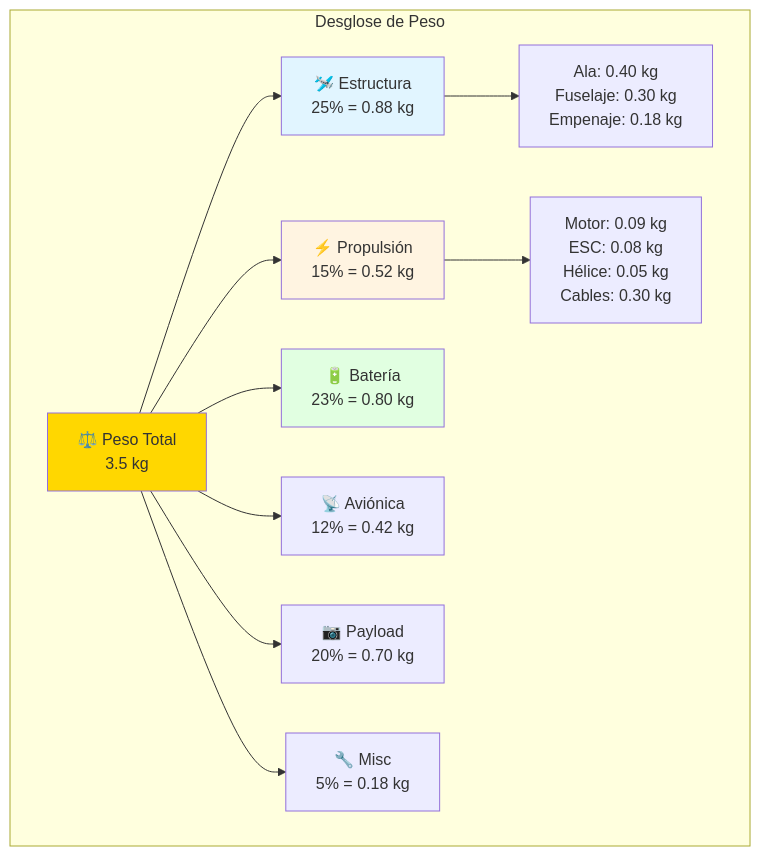
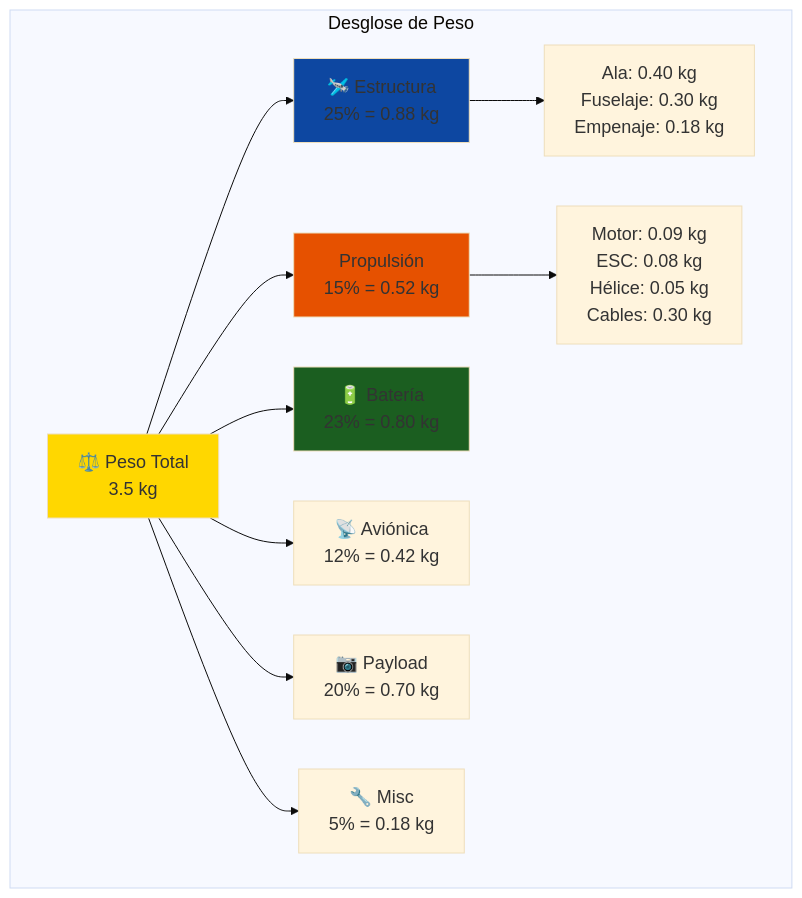
One commit to Ai-Whisperers/Courses-Content changed the fifth of 12 diagrams in courses/🟡-development/FPUNA-2026/03-INGENIERIA-AERONAUTICA/05-diseno-aeronaves.md. Above: the diagram before and after it, drawn with Mermaid. The commit also changed other lines of this file and 47 other files, not shown here.

First line of the commit message:
fix: Make all 473 diagrams WCAG AAA accessible (FPUNA-2026)

````diff
--- a/courses/🟡-development/FPUNA-2026/03-INGENIERIA-AERONAUTICA/05-diseno-aeronaves.md
+++ b/courses/🟡-development/FPUNA-2026/03-INGENIERIA-AERONAUTICA/05-diseno-aeronaves.md
@@ -321,22 +325,23 @@
 ```mermaid
+%%{init: {'theme':'base', 'themeVariables': {'fontSize':'18px'}}}%%
 graph TD
     subgraph "Desglose de Peso"
         A[⚖️ Peso Total<br/>3.5 kg]
         
         A --> B[🛩️ Estructura<br/>25% = 0.88 kg]
-        A --> C[⚡ Propulsión<br/>15% = 0.52 kg]
+        A --> C[Propulsión<br/>15% = 0.52 kg]
         A --> D[🔋 Batería<br/>23% = 0.80 kg]
         A --> E[📡 Aviónica<br/>12% = 0.42 kg]
         A --> F[📷 Payload<br/>20% = 0.70 kg]
         A --> G[🔧 Misc<br/>5% = 0.18 kg]
         
         B --> H[Ala: 0.40 kg<br/>Fuselaje: 0.30 kg<br/>Empenaje: 0.18 kg]
         
         C --> I[Motor: 0.09 kg<br/>ESC: 0.08 kg<br/>Hélice: 0.05 kg<br/>Cables: 0.30 kg]
     end
     
     style A fill:#FFD700
-    style B fill:#E1F5FF
-    style C fill:#FFF4E1
-    style D fill:#E1FFE1
+    style B fill:#0d47a1
+    style C fill:#e65100
+    style D fill:#1b5e20
 ```
````
